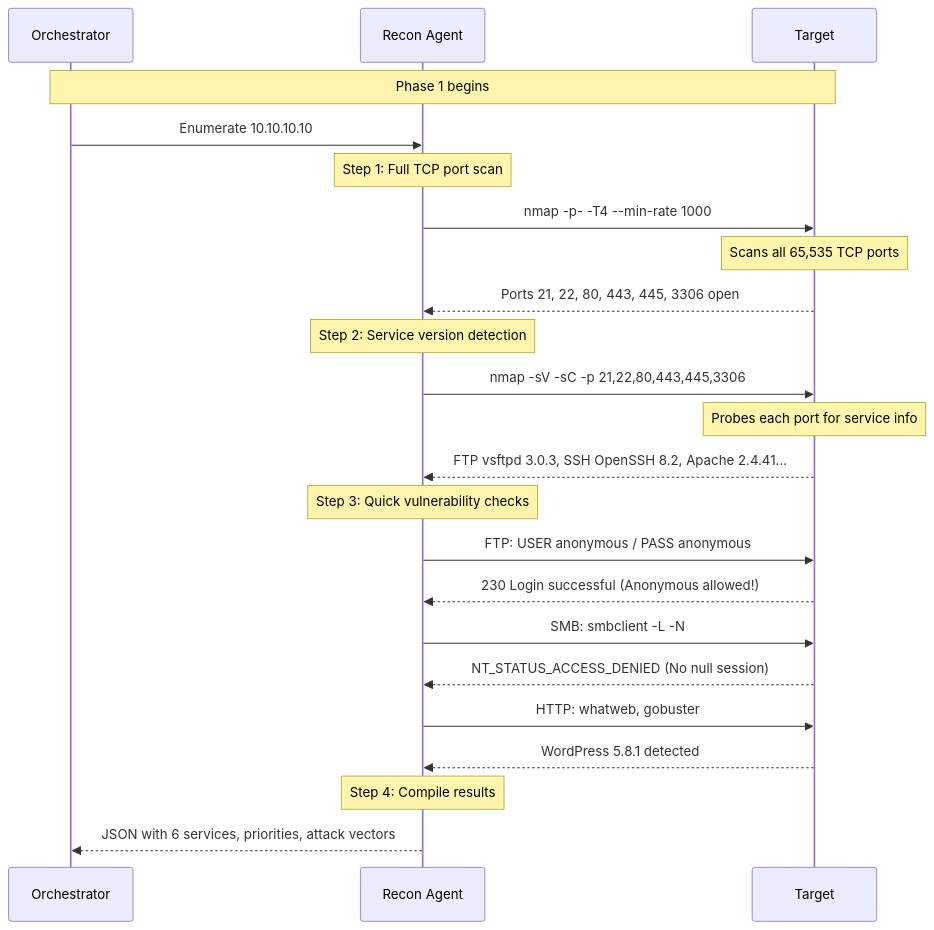
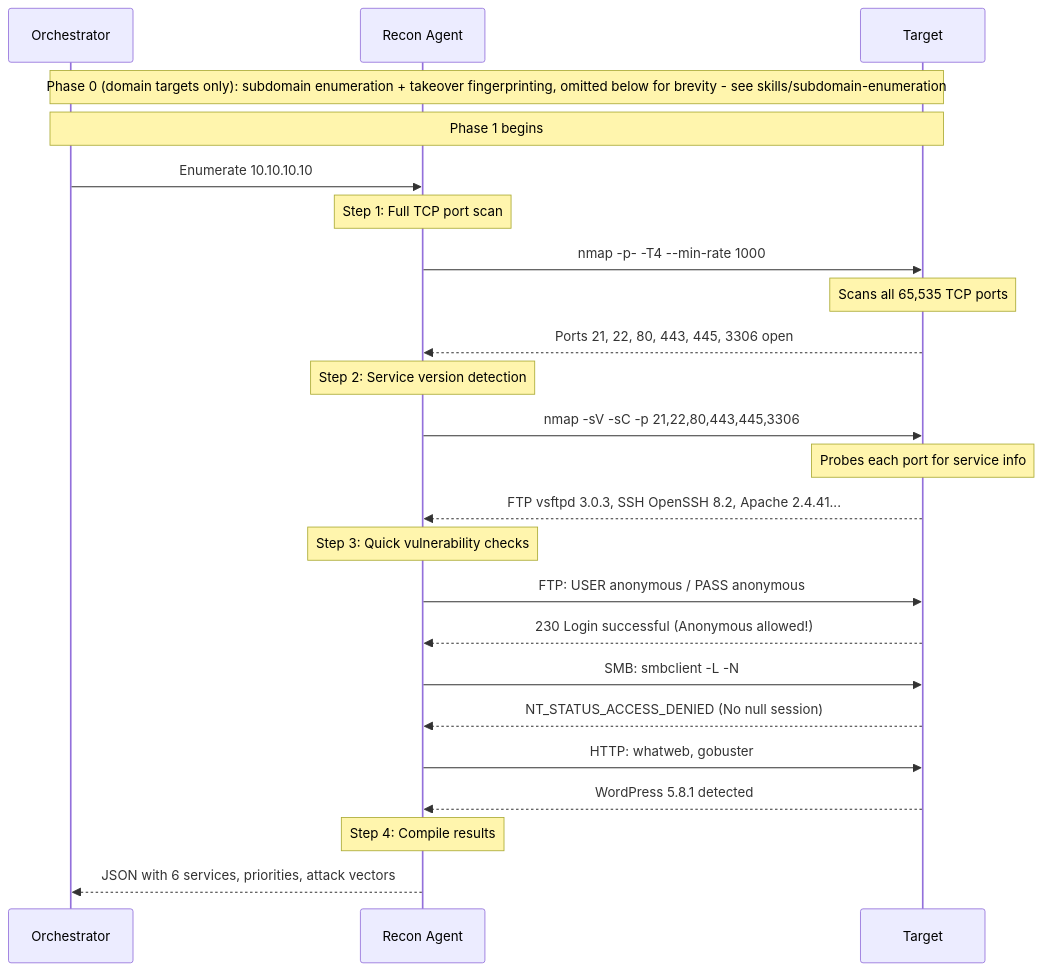
Before and after one commit to goldenapplestudios/Clicky: the second of 14 diagrams in docs/workflow.md, drawn with Mermaid. The commit also changed other lines of this file and 9 other files, not shown here.

````diff
--- a/docs/workflow.md
+++ b/docs/workflow.md
@@ -124,37 +130,39 @@
 ```mermaid
 sequenceDiagram
     participant O as Orchestrator
     participant R as Recon Agent
     participant T as Target
+
+    Note over O,T: Phase 0 (domain targets only): subdomain enumeration + takeover fingerprinting, omitted below for brevity - see skills/subdomain-enumeration
 
     Note over O,T: Phase 1 begins
 
     O->>R: Enumerate 10.10.10.10
 
     Note over R: Step 1: Full TCP port scan
 
     R->>T: nmap -p- -T4 --min-rate 1000
     Note over T: Scans all 65,535 TCP ports
     T-->>R: Ports 21, 22, 80, 443, 445, 3306 open
 
     Note over R: Step 2: Service version detection
 
     R->>T: nmap -sV -sC -p 21,22,80,443,445,3306
     Note over T: Probes each port for service info
     T-->>R: FTP vsftpd 3.0.3, SSH OpenSSH 8.2, Apache 2.4.41...
 
     Note over R: Step 3: Quick vulnerability checks
 
     R->>T: FTP: USER anonymous / PASS anonymous
     T-->>R: 230 Login successful (Anonymous allowed!)
 
     R->>T: SMB: smbclient -L -N
     T-->>R: NT_STATUS_ACCESS_DENIED (No null session)
 
     R->>T: HTTP: whatweb, gobuster
     T-->>R: WordPress 5.8.1 detected
 
     Note over R: Step 4: Compile results
 
     R-->>O: JSON with 6 services, priorities, attack vectors
 ```
````
